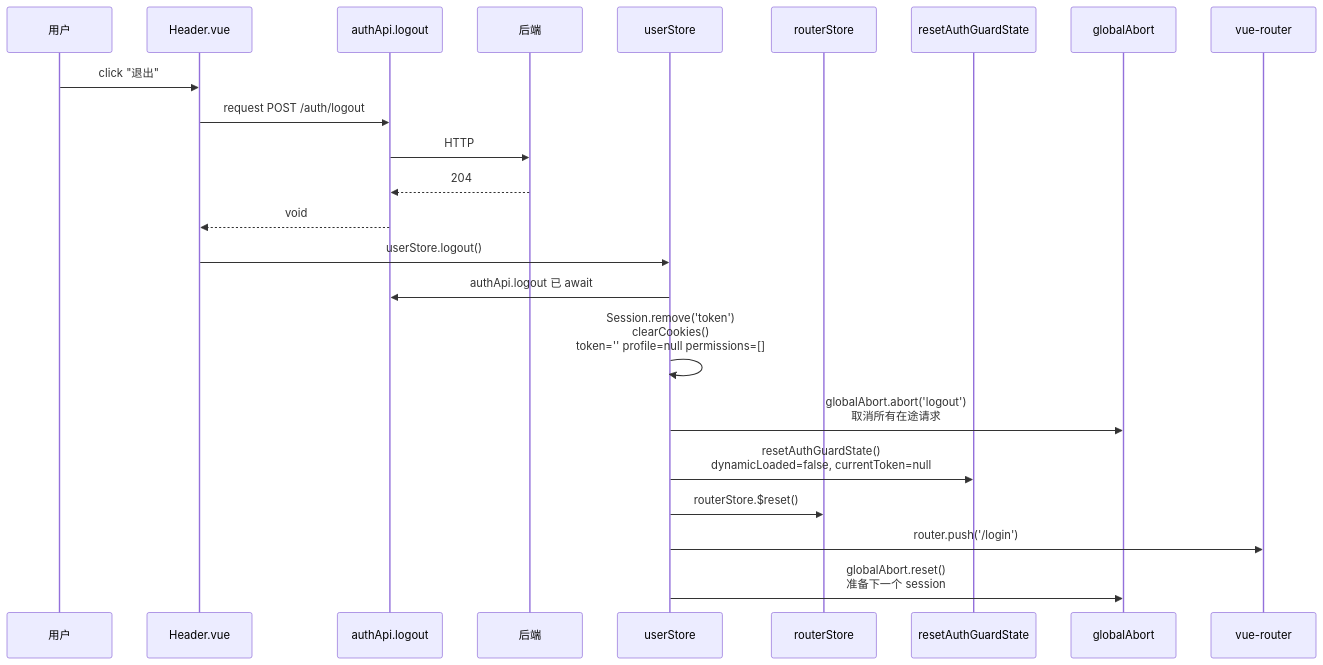
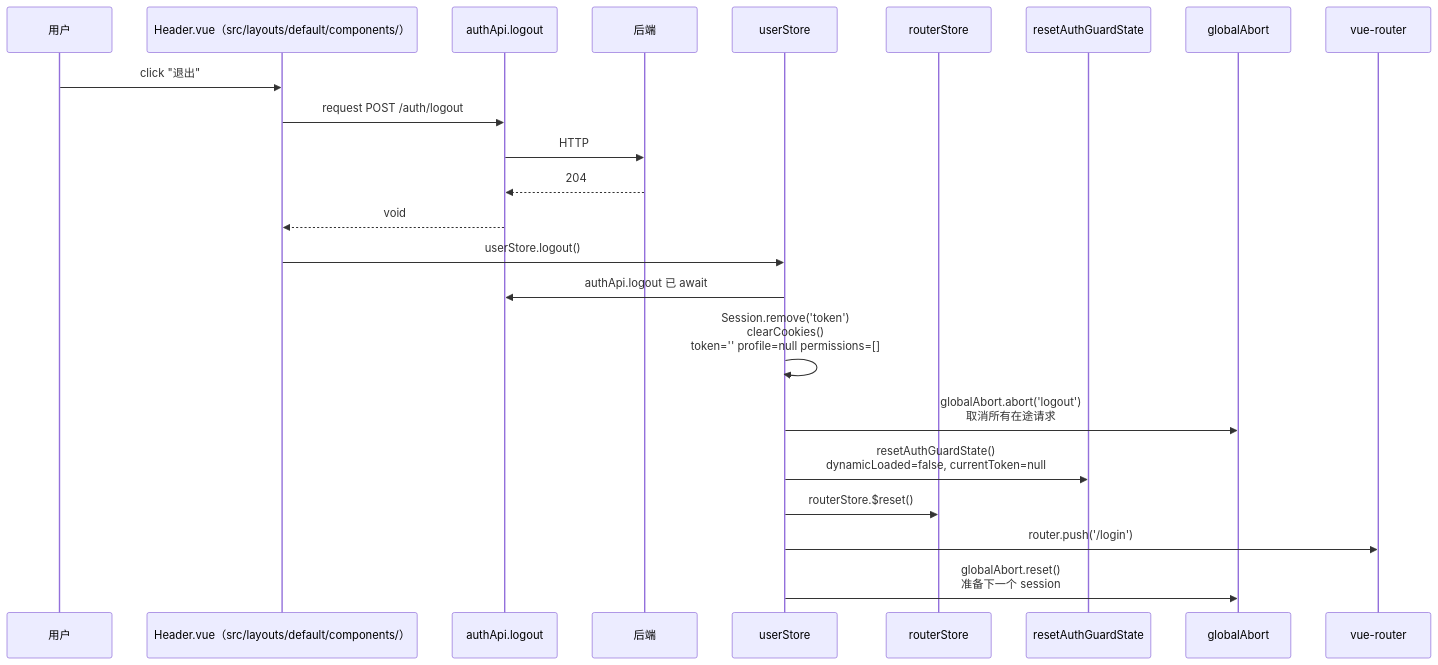
The fourth of 7 diagrams in docs/23-权限设计.md (Mr-Super-X/vue3-vite-project), drawn with Mermaid before and after one commit. The commit also changed other lines of this file and 9 other files, not shown here.

````diff
--- a/docs/23-权限设计.md
+++ b/docs/23-权限设计.md
@@ -139,26 +139,26 @@
 ```mermaid
 sequenceDiagram
   participant U as 用户
-  participant H as Header.vue
+  participant H as Header.vue（src/layouts/default/components/）
   participant A as authApi.logout
   participant K as 后端
   participant S as userStore
   participant R as routerStore
   participant GA as resetAuthGuardState
   participant AB as globalAbort
   participant RG as vue-router
 
   U->>H: click "退出"
   H->>A: request POST /auth/logout
   A->>K: HTTP
   K-->>A: 204
   A-->>H: void
   H->>S: userStore.logout()
   S->>A: authApi.logout 已 await
   S->>S: Session.remove('token')<br/>clearCookies()<br/>token='' profile=null permissions=[]
   S->>AB: globalAbort.abort('logout')<br/>取消所有在途请求
   S->>GA: resetAuthGuardState()<br/>dynamicLoaded=false, currentToken=null
   S->>R: routerStore.$reset()
   S->>RG: router.push('/login')
   S->>AB: globalAbort.reset()<br/>准备下一个 session
 ```
````
